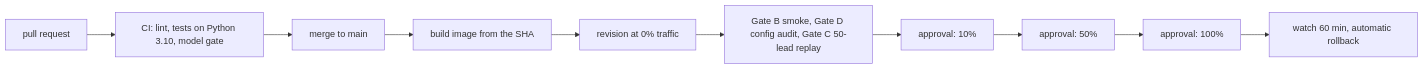
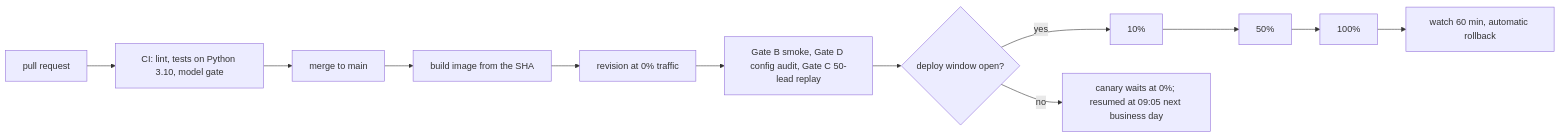
One commit to ramonfilho/bringdata changed the diagram in README.md. Above: the diagram before and after it, drawn with Mermaid. The commit also changed other lines of this file and 7 other files, not shown here.

````diff
--- a/README.md
+++ b/README.md
@@ -74,10 +74,12 @@
 ```mermaid
 flowchart LR
   PR[pull request] --> CI[CI: lint, tests on Python 3.10, model gate]
   CI --> M[merge to main]
   M --> B[build image from the SHA]
   B --> C0[revision at 0% traffic]
   C0 --> G[Gate B smoke, Gate D config audit, Gate C 50-lead replay]
-  G --> A10[approval: 10%] --> A50[approval: 50%] --> A100[approval: 100%]
-  A100 --> V[watch 60 min, automatic rollback]
+  G --> W{deploy window open?}
+  W -->|yes| T10[10%] --> T50[50%] --> T100[100%]
+  W -->|no| Z[canary waits at 0%; resumed at 09:05 next business day]
+  T100 --> V[watch 60 min, automatic rollback]
 ```
````
